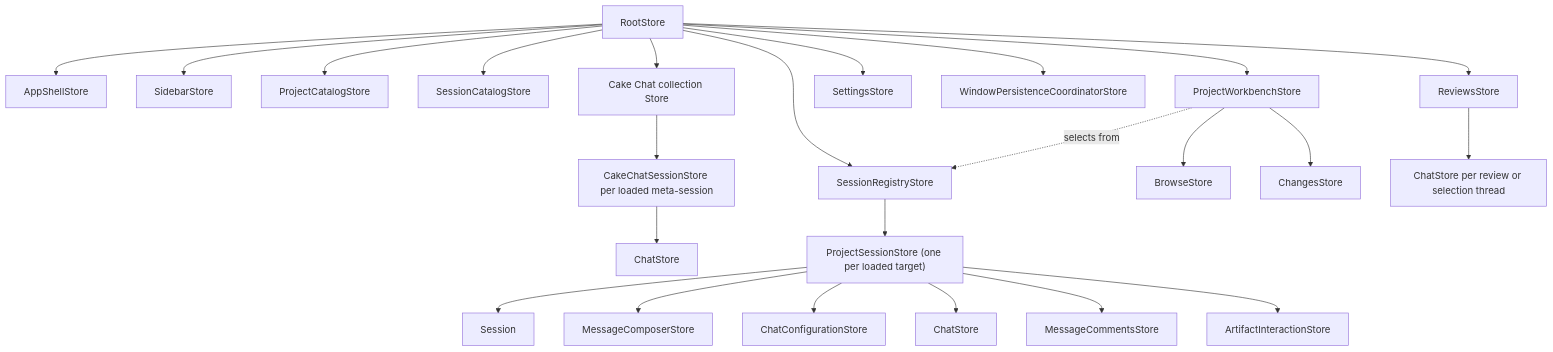
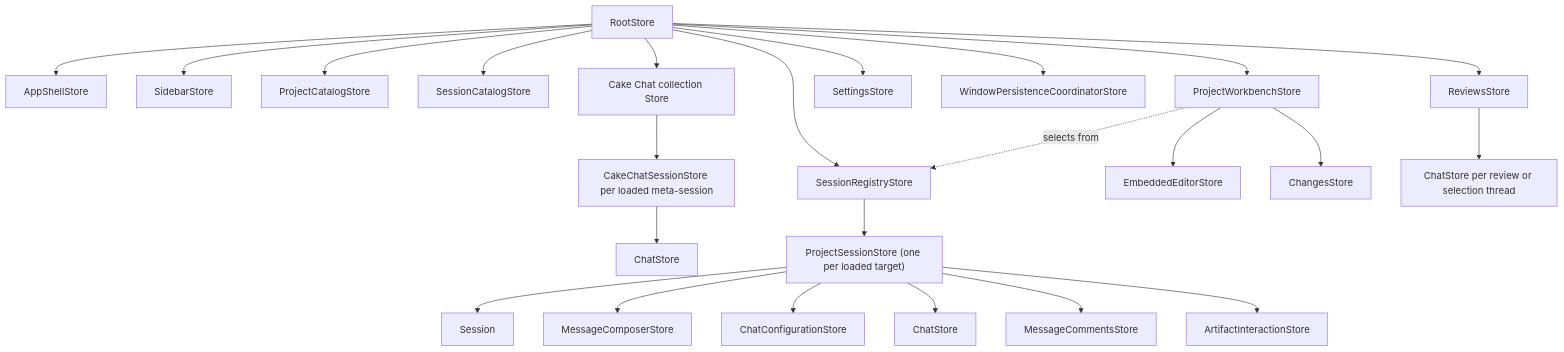
Before and after one commit to melnikov-s/cake: the diagram in docs/architecture/cake-architecture.md, drawn with Mermaid. The commit also changed other lines of this file and 56 other files, not shown here.

````diff
--- a/docs/architecture/cake-architecture.md
+++ b/docs/architecture/cake-architecture.md
@@ -251,26 +253,26 @@
 ```mermaid
 flowchart TD
   Root["RootStore"] --> Shell["AppShellStore"]
   Root --> Sidebar["SidebarStore"]
   Root --> Projects["ProjectCatalogStore"]
   Root --> Catalog["SessionCatalogStore"]
   Root --> Registry["SessionRegistryStore"]
   Root --> Workbench["ProjectWorkbenchStore"]
   Root --> CakeChat["Cake Chat collection Store"]
   CakeChat --> CakeSession["CakeChatSessionStore per loaded meta-session"]
   CakeSession --> MetaChat["ChatStore"]
   Root --> Settings["SettingsStore"]
   Root --> Persistence["WindowPersistenceCoordinatorStore"]
   Workbench -. selects from .-> Registry
-  Workbench --> Browse["BrowseStore"]
+  Workbench --> IDE["EmbeddedEditorStore"]
   Workbench --> Changes["ChangesStore"]
   Registry --> Session["ProjectSessionStore (one per loaded target)"]
   Session --> Model["Session"]
   Session --> Composer["MessageComposerStore"]
   Session --> Config["ChatConfigurationStore"]
   Session --> Chat["ChatStore"]
   Session --> Comments["MessageCommentsStore"]
   Session --> Artifacts["ArtifactInteractionStore"]
   Root --> Reviews["ReviewsStore"]
   Reviews --> ThreadChats["ChatStore per review or selection thread"]
 ```
````
